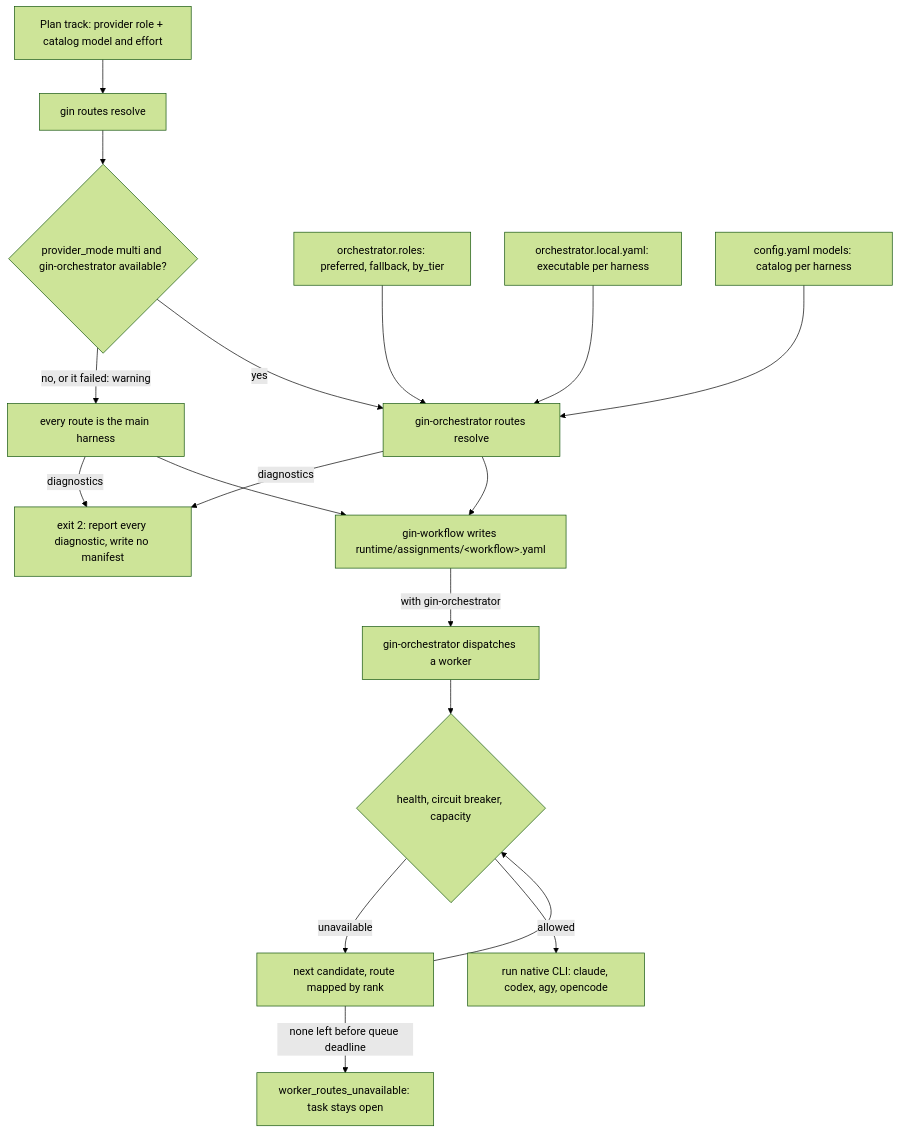
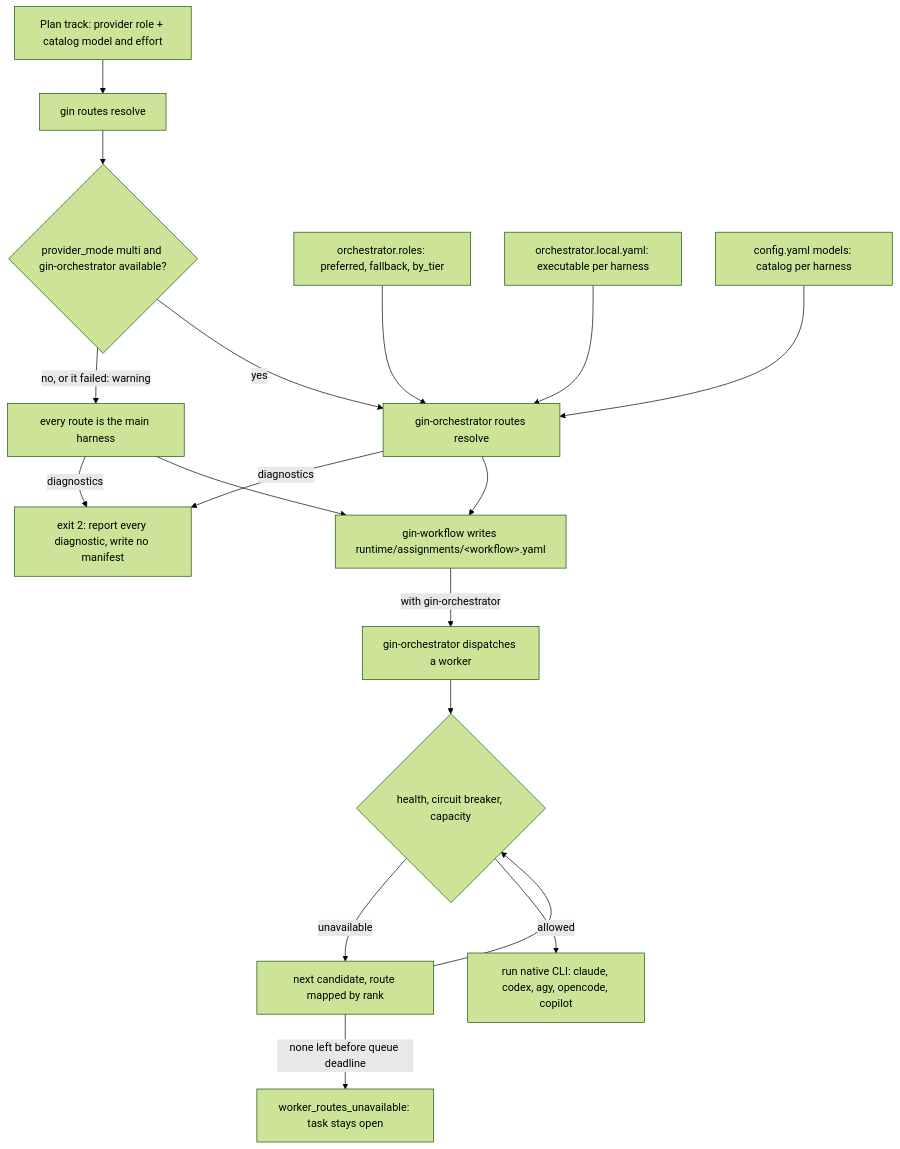
One commit to giangdhwhtbr/gin-workflow changed the fourth of 6 diagrams in docs/concepts/architecture.md. Above: the diagram before and after it, drawn with Mermaid (forest theme). The commit also changed other lines of this file and 6 other files, not shown here.

````diff
--- a/docs/concepts/architecture.md
+++ b/docs/concepts/architecture.md
@@ -113,20 +130,20 @@
 ```mermaid
 flowchart TD
     T[Plan track: provider role + catalog model and effort] --> F[gin routes resolve]
     F --> Q{provider_mode multi and gin-orchestrator available?}
     Q -->|no, or it failed: warning| MH[every route is the main harness]
     Q -->|yes| OR[gin-orchestrator routes resolve]
     C1[orchestrator.roles: preferred, fallback, by_tier] --> OR
     C2[orchestrator.local.yaml: executable per harness] --> OR
     C3[config.yaml models: catalog per harness] --> OR
     OR -->|diagnostics| X[exit 2: report every diagnostic, write no manifest]
     MH -->|diagnostics| X
     OR --> M[gin-workflow writes runtime/assignments/&lt;workflow&gt;.yaml]
     MH --> M
     M -->|with gin-orchestrator| D[gin-orchestrator dispatches a worker]
     D --> H{health, circuit breaker, capacity}
     H -->|unavailable| N[next candidate, route mapped by rank]
     N --> H
-    H -->|allowed| RUN[run native CLI: claude, codex, agy, opencode]
+    H -->|allowed| RUN[run native CLI: claude, codex, agy, opencode, copilot]
     N -->|none left before queue deadline| U[worker_routes_unavailable: task stays open]
 ```
````
